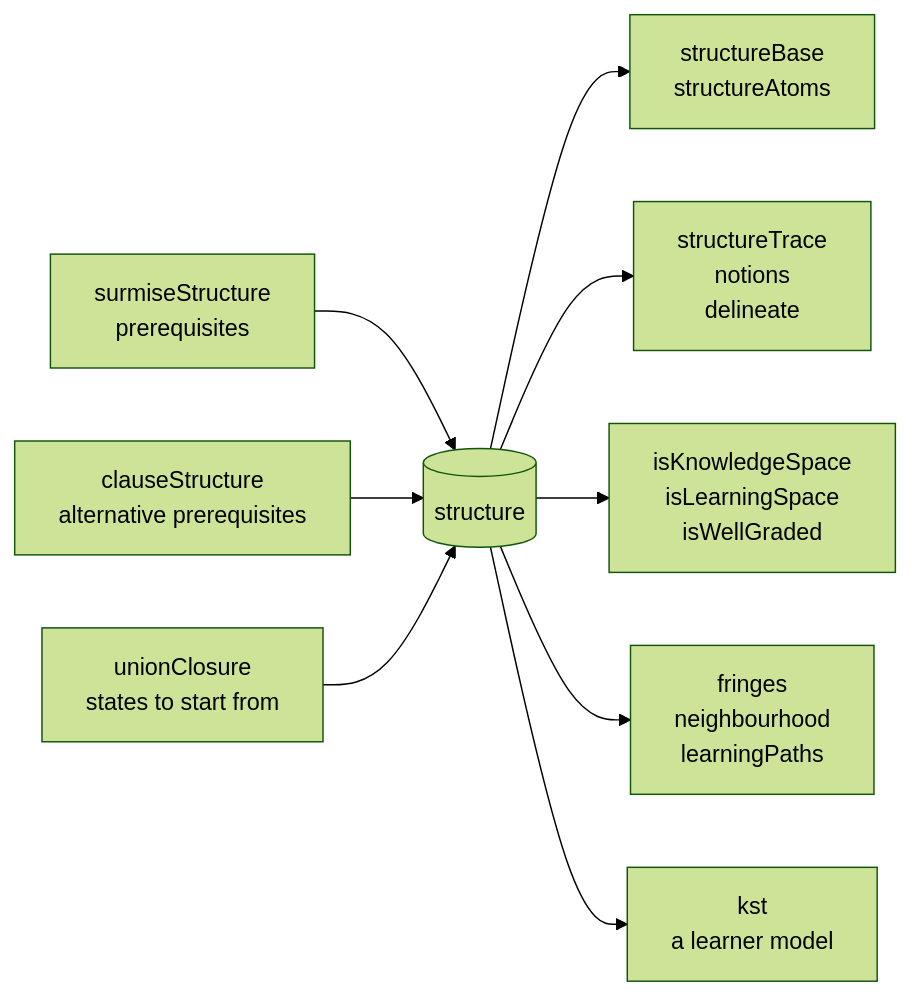
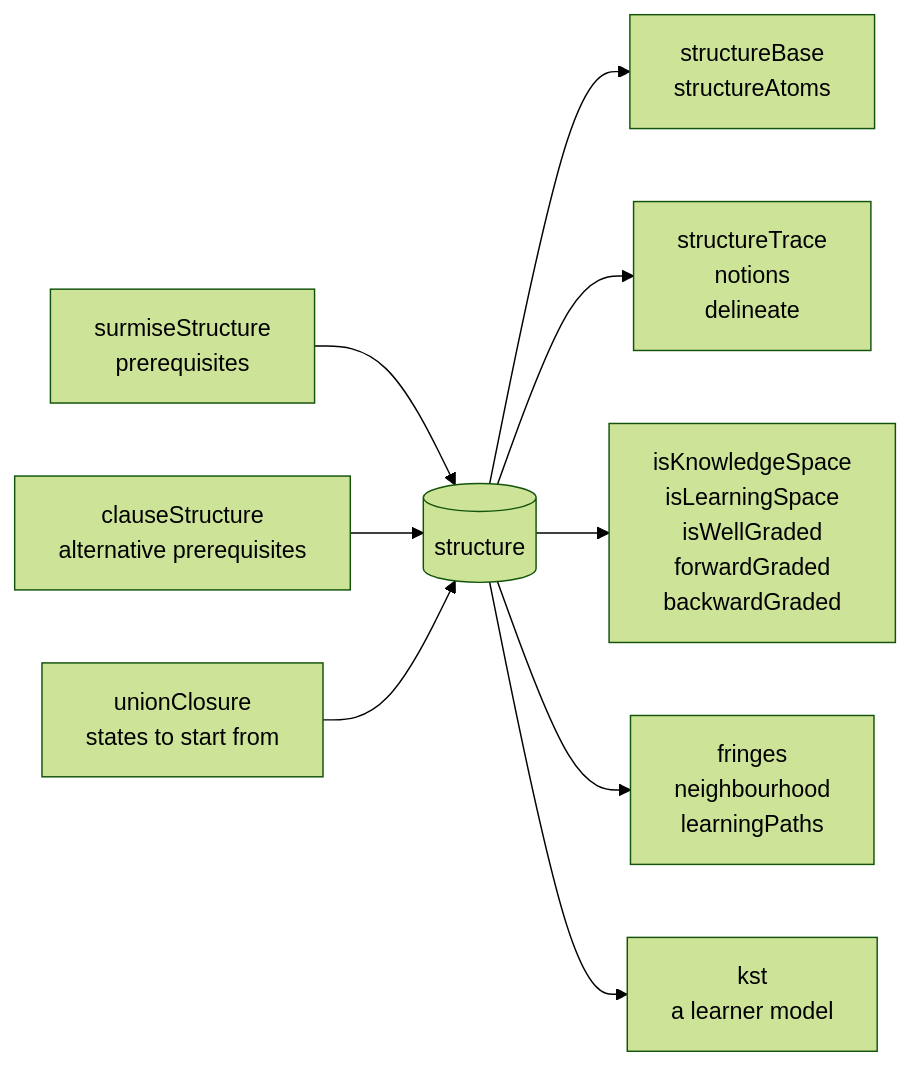
One commit to measurekit/measurekit changed the second of 2 diagrams in docs/knowledge-tracing/kst.md. Above: the diagram before and after it, drawn with Mermaid (forest theme). The commit also changed other lines of this file and 30 other files, not shown here.

````diff
--- a/docs/knowledge-tracing/kst.md
+++ b/docs/knowledge-tracing/kst.md
@@ -14,11 +29,11 @@
 ```mermaid
 flowchart LR
   P["surmiseStructure<br/>prerequisites"] --> S[(structure)]
   C["clauseStructure<br/>alternative prerequisites"] --> S
   G["unionClosure<br/>states to start from"] --> S
   S --> K["structureBase<br/>structureAtoms"]
   S --> T["structureTrace<br/>notions<br/>delineate"]
-  S --> L["isKnowledgeSpace<br/>isLearningSpace<br/>isWellGraded"]
+  S --> L["isKnowledgeSpace<br/>isLearningSpace<br/>isWellGraded<br/>forwardGraded<br/>backwardGraded"]
   S --> M["fringes<br/>neighbourhood<br/>learningPaths"]
   S --> F["kst<br/>a learner model"]
 ```
````
